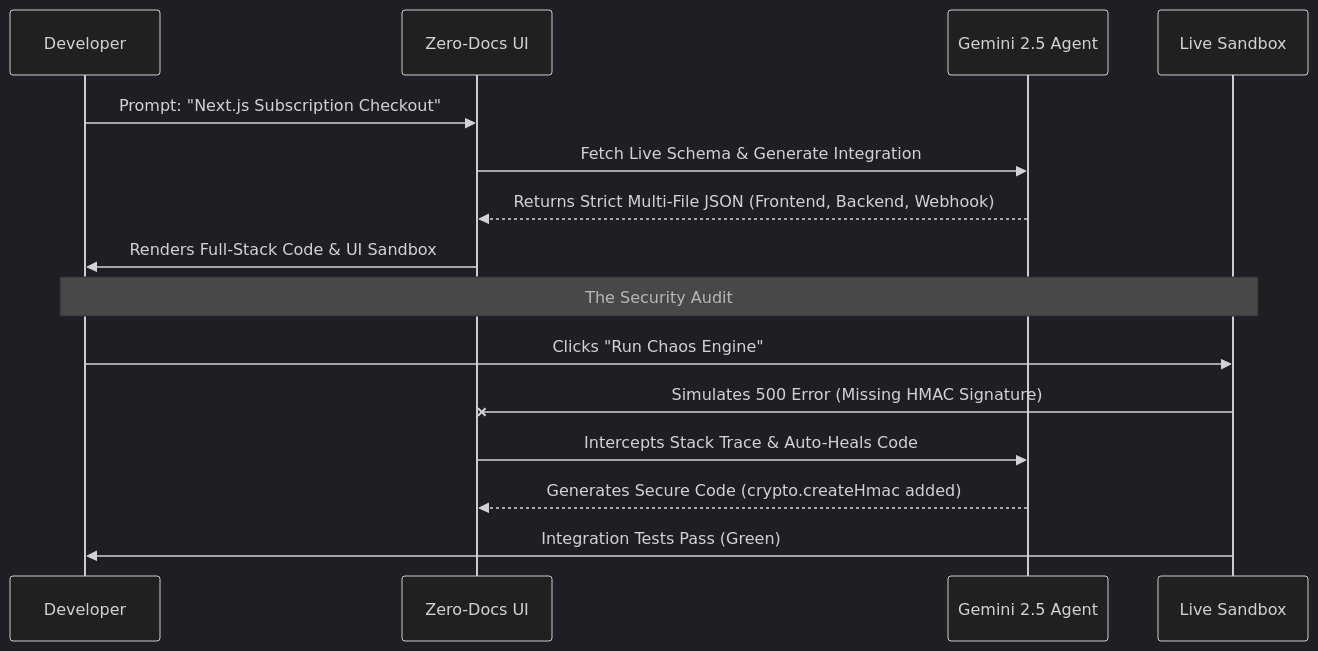
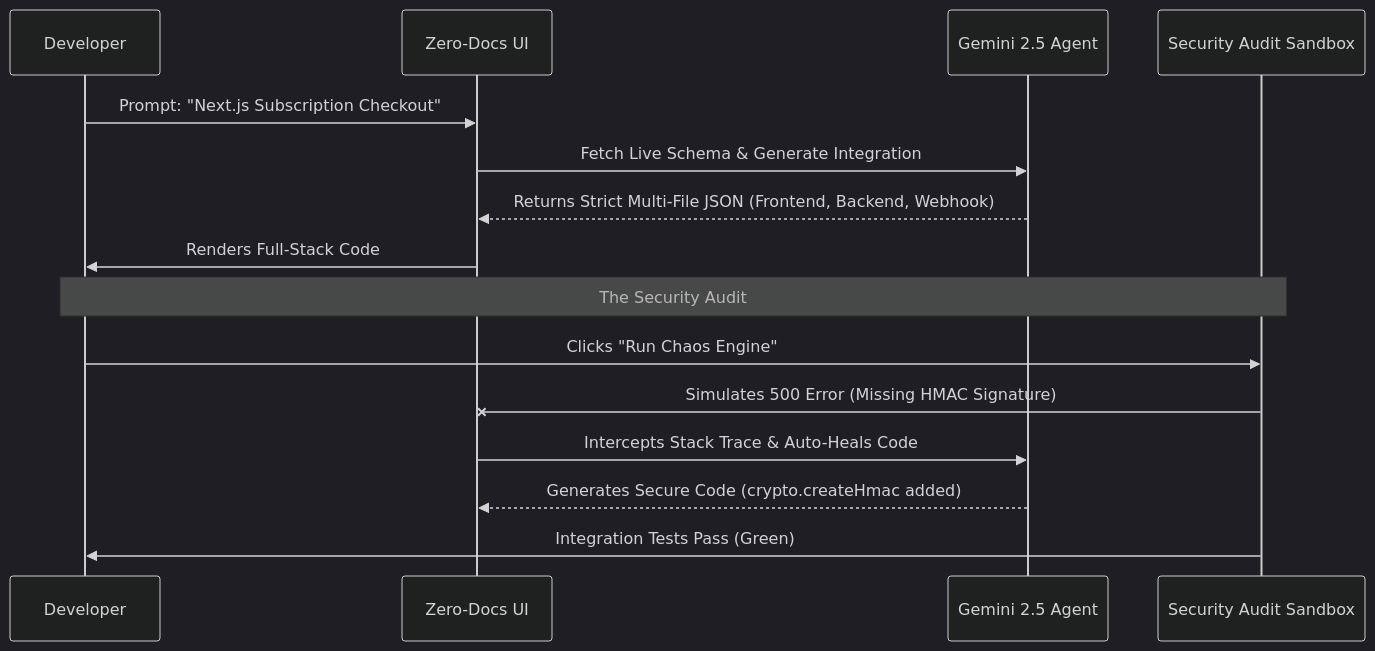
One commit to rayanakarthikeyan/Zero-Docs-Copilot changed the diagram in README.md. Above: the diagram before and after it, drawn with Mermaid (dark theme). The commit also changed other lines of this file, not shown here.

Commit message:
docs: finalize enterprise architecture vision and business impact in README

````diff
--- a/README.md
+++ b/README.md
@@ -51,19 +57,19 @@
 ```mermaid
 sequenceDiagram
     participant Dev as Developer
     participant UI as Zero-Docs UI
     participant AI as Gemini 2.5 Agent
-    participant Sim as Live Sandbox
+    participant Sim as Security Audit Sandbox
 
     Dev->>UI: Prompt: "Next.js Subscription Checkout"
     UI->>AI: Fetch Live Schema & Generate Integration
     AI-->>UI: Returns Strict Multi-File JSON (Frontend, Backend, Webhook)
-    UI->>Dev: Renders Full-Stack Code & UI Sandbox
+    UI->>Dev: Renders Full-Stack Code
     
     Note over Dev,Sim: The Security Audit
     Dev->>Sim: Clicks "Run Chaos Engine"
     Sim-xUI: Simulates 500 Error (Missing HMAC Signature)
     UI->>AI: Intercepts Stack Trace & Auto-Heals Code
     AI-->>UI: Generates Secure Code (crypto.createHmac added)
     Sim->>Dev: Integration Tests Pass (Green)
 ```
````
